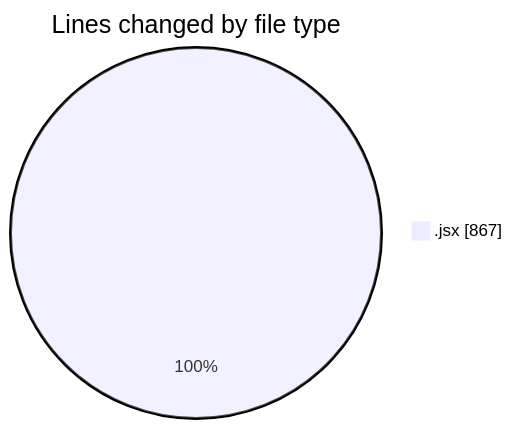
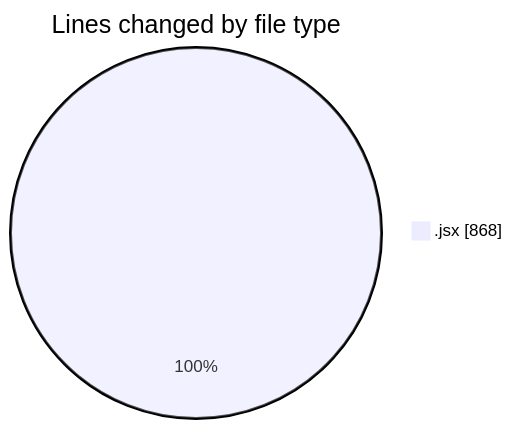
The first of 2 diagrams in 2025-06-03/nxtqube_webapp/README.md (nxtqubesakshisongat/code-tracking), drawn with Mermaid before and after one commit. The commit also changed other lines of this file and 1 other file, not shown here.

````diff
--- a/2025-06-03/nxtqube_webapp/README.md
+++ b/2025-06-03/nxtqube_webapp/README.md
@@ -20,5 +20,5 @@
 ```mermaid
 pie showData
 title Lines changed by file type
-".jsx" : 867
+".jsx" : 868
 ```
````
